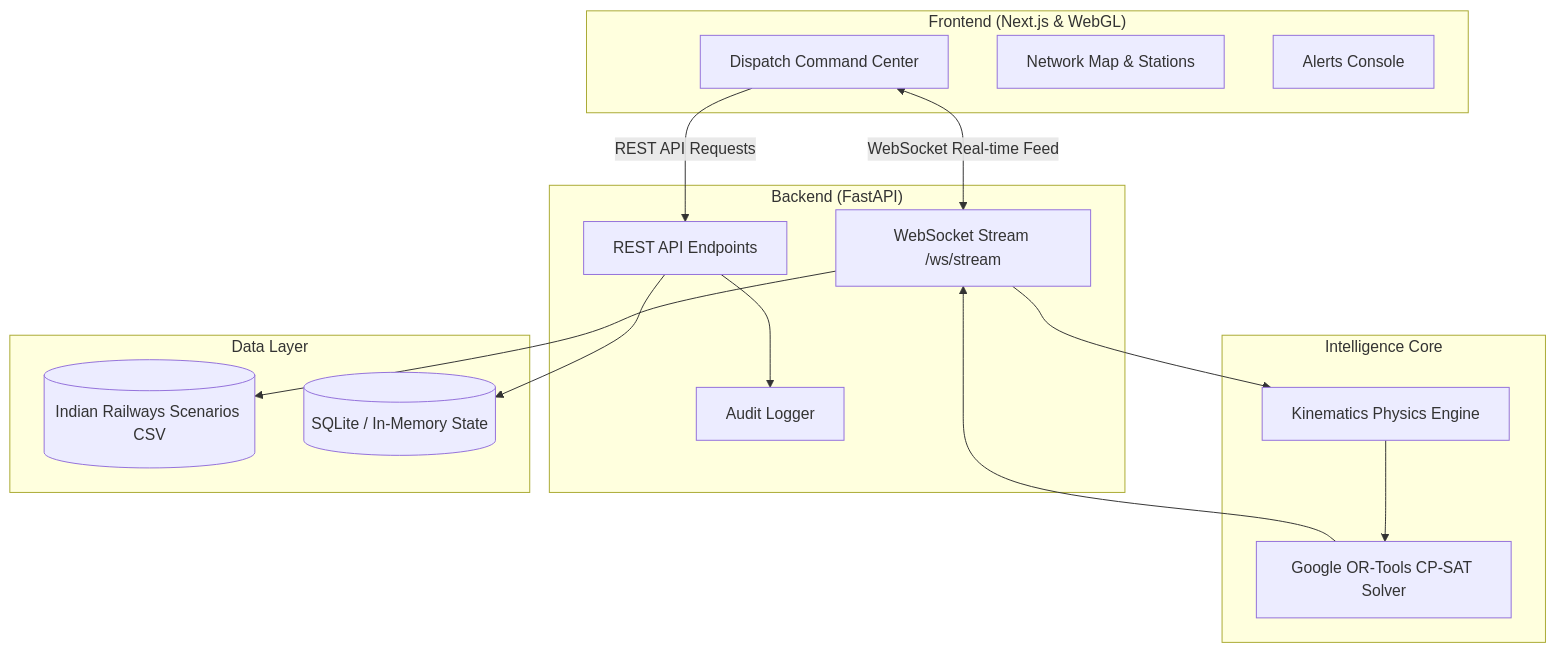
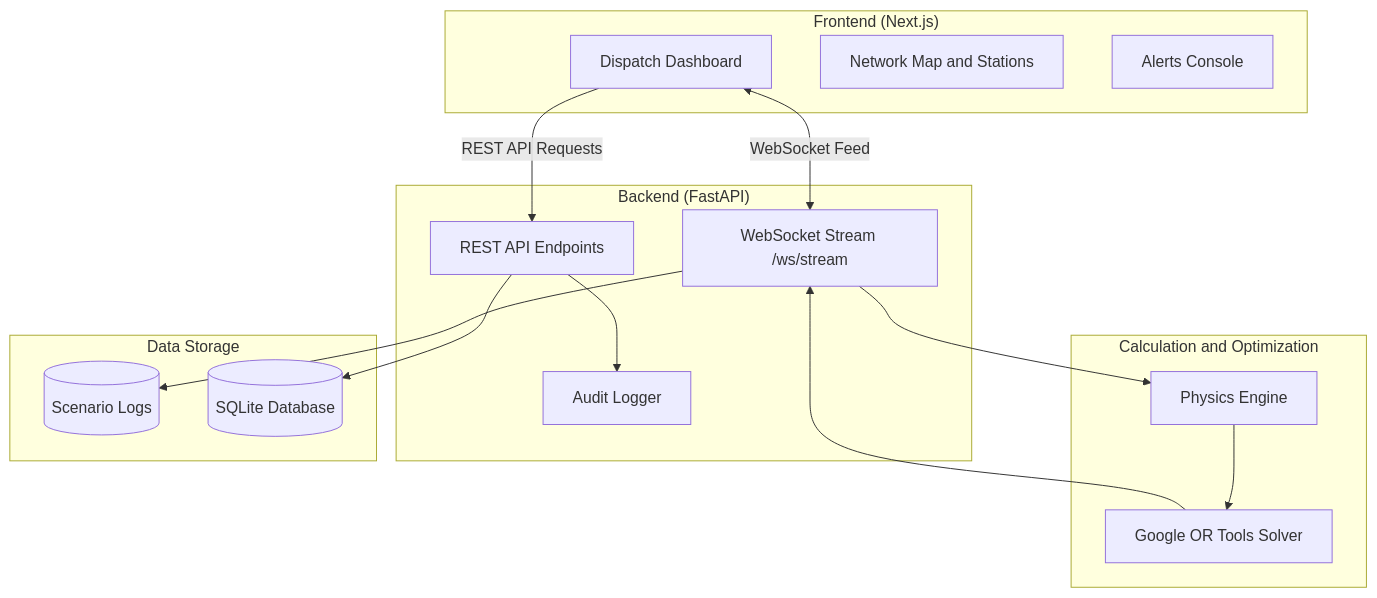
One commit to Kartikey-3005/Axolotl changed the diagram in README.md. Above: the diagram before and after it, drawn with Mermaid. The commit also changed other lines of this file, not shown here.

````diff
--- a/README.md
+++ b/README.md
@@ -43,33 +52,33 @@
 ```mermaid
 graph TD
-    subgraph Client ["Frontend (Next.js & WebGL)"]
-        UI[Dispatch Command Center]
-        Map[Network Map & Stations]
+    subgraph Client ["Frontend (Next.js)"]
+        UI[Dispatch Dashboard]
+        Map[Network Map and Stations]
         Alerts[Alerts Console]
     end
 
     subgraph Server ["Backend (FastAPI)"]
         WS[WebSocket Stream /ws/stream]
         REST[REST API Endpoints]
         Audit[Audit Logger]
     end
 
-    subgraph AI ["Intelligence Core"]
-        Kinematics[Kinematics Physics Engine]
-        ORTools[Google OR-Tools CP-SAT Solver]
+    subgraph AI ["Calculation and Optimization"]
+        Kinematics[Physics Engine]
+        ORTools[Google OR Tools Solver]
     end
 
-    subgraph Data ["Data Layer"]
-        CSV[(Indian Railways Scenarios CSV)]
-        DB[(SQLite / In-Memory State)]
+    subgraph Data ["Data Storage"]
+        CSV[(Scenario Logs)]
+        DB[(SQLite Database)]
     end
 
-    UI <-->|WebSocket Real-time Feed| WS
+    UI <-->|WebSocket Feed| WS
     UI -->|REST API Requests| REST
     WS --> CSV
     WS --> Kinematics
     Kinematics --> ORTools
     ORTools --> WS
     REST --> Audit
     REST --> DB
 ```
````
